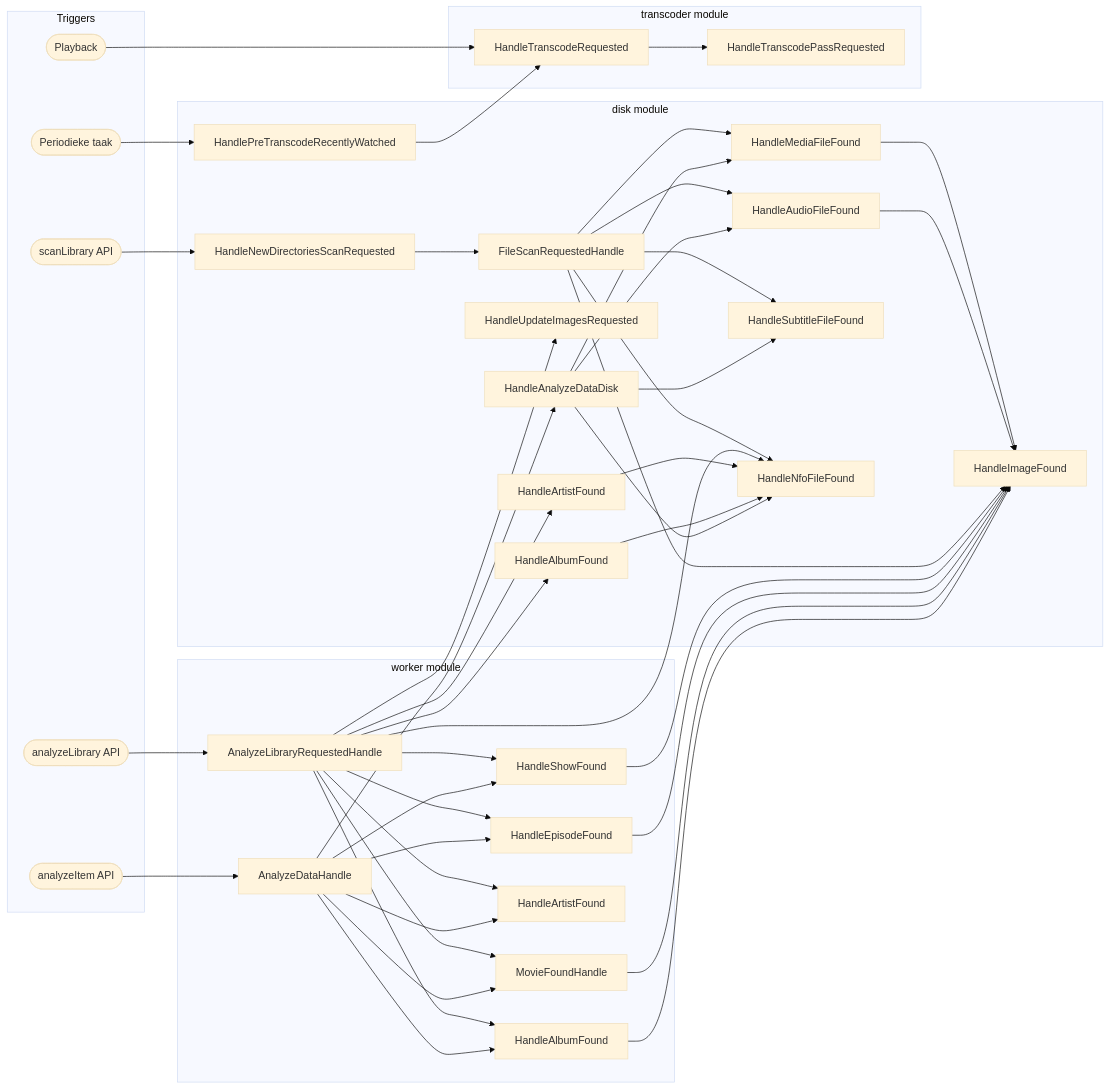
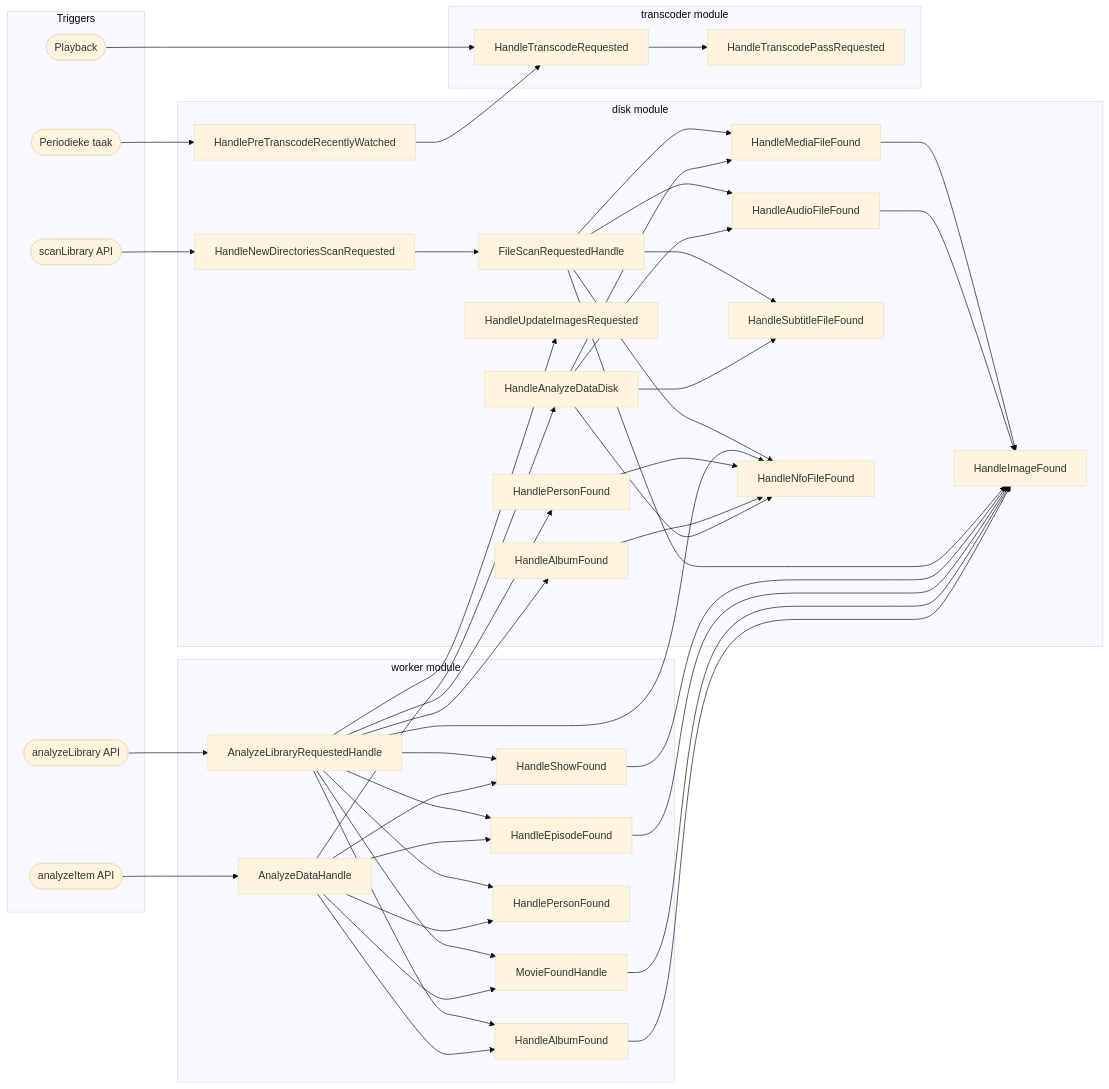
The sixth of 6 diagrams in EVENT_FLOWS.md (ister-app/server), drawn with Mermaid (base theme) before and after one commit. The commit also changed other lines of this file and 84 other files, not shown here.

````diff
--- a/EVENT_FLOWS.md
+++ b/EVENT_FLOWS.md
@@ -174,66 +177,66 @@
 ```mermaid
 graph LR
     subgraph Triggers
         T1([scanLibrary API])
         T2([analyzeLibrary API])
         T3([analyzeItem API])
         T4([Periodieke taak])
         T5([Playback])
     end
 
     subgraph disk module
         H1[HandleNewDirectoriesScanRequested]
         H2[FileScanRequestedHandle]
         H3[HandleMediaFileFound]
         H4[HandleAudioFileFound]
         H5[HandleSubtitleFileFound]
         H6[HandleImageFound]
         H7[HandleNfoFileFound]
         H8[HandleUpdateImagesRequested]
         H9[HandleAnalyzeDataDisk]
         H10[HandlePreTranscodeRecentlyWatched]
-        H11[HandleArtistFound]
+        H11[HandlePersonFound]
         H12[HandleAlbumFound]
     end
 
     subgraph worker module
         W1[AnalyzeLibraryRequestedHandle]
         W2[AnalyzeDataHandle]
         W3[HandleShowFound]
         W4[HandleEpisodeFound]
         W5[MovieFoundHandle]
-        W6[HandleArtistFound]
+        W6[HandlePersonFound]
         W7[HandleAlbumFound]
     end
 
     subgraph transcoder module
         TR1[HandleTranscodeRequested]
         TR2[HandleTranscodePassRequested]
     end
 
     T1 --> H1 --> H2
     H2 --> H3 --> H6
     H2 --> H4 --> H6
     H2 --> H5
     H2 --> H6
     H2 --> H7
 
     T2 --> W1
     W1 --> H8
     W1 --> W3 --> H6
     W1 --> W4 --> H6
     W1 --> W5 --> H6
     W1 --> W6
     W1 --> W7 --> H6
     W1 --> H7
     W1 --> H11 --> H7
     W1 --> H12 --> H7
 
     T3 --> W2
     W2 --> W3 & W4 & W5 & W6 & W7
     W2 --> H9
     H9 --> H3 & H4 & H7 & H5
 
     T4 --> H10 --> TR1 --> TR2
     T5 --> TR1
 ```
````
